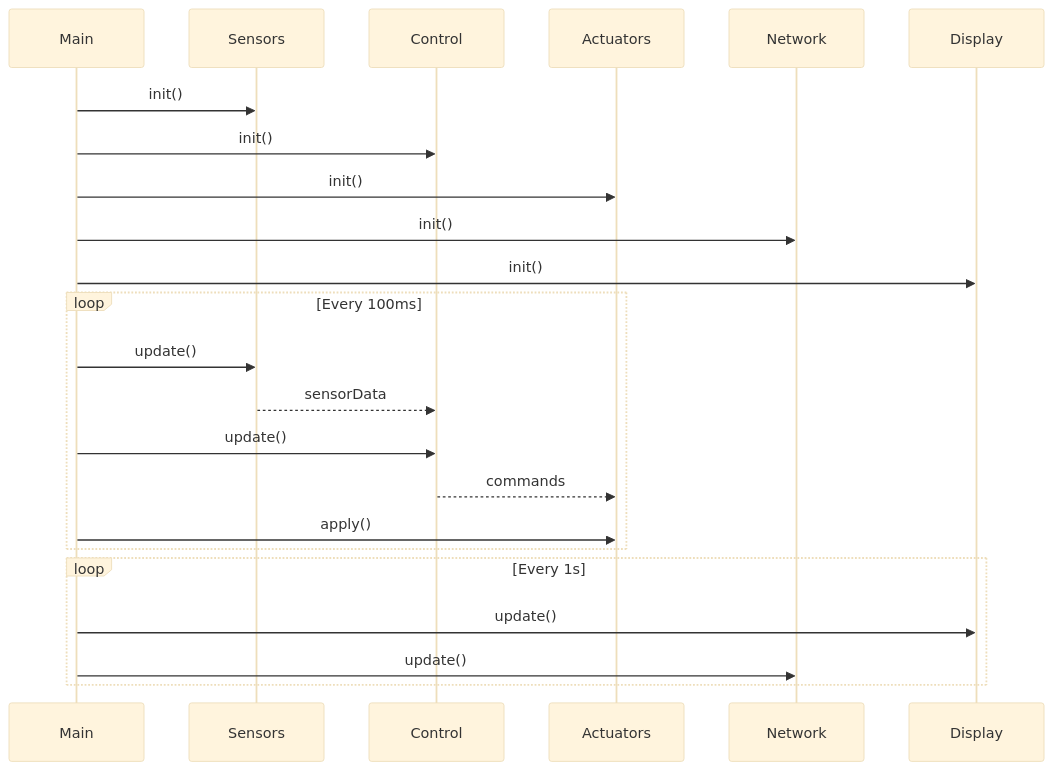
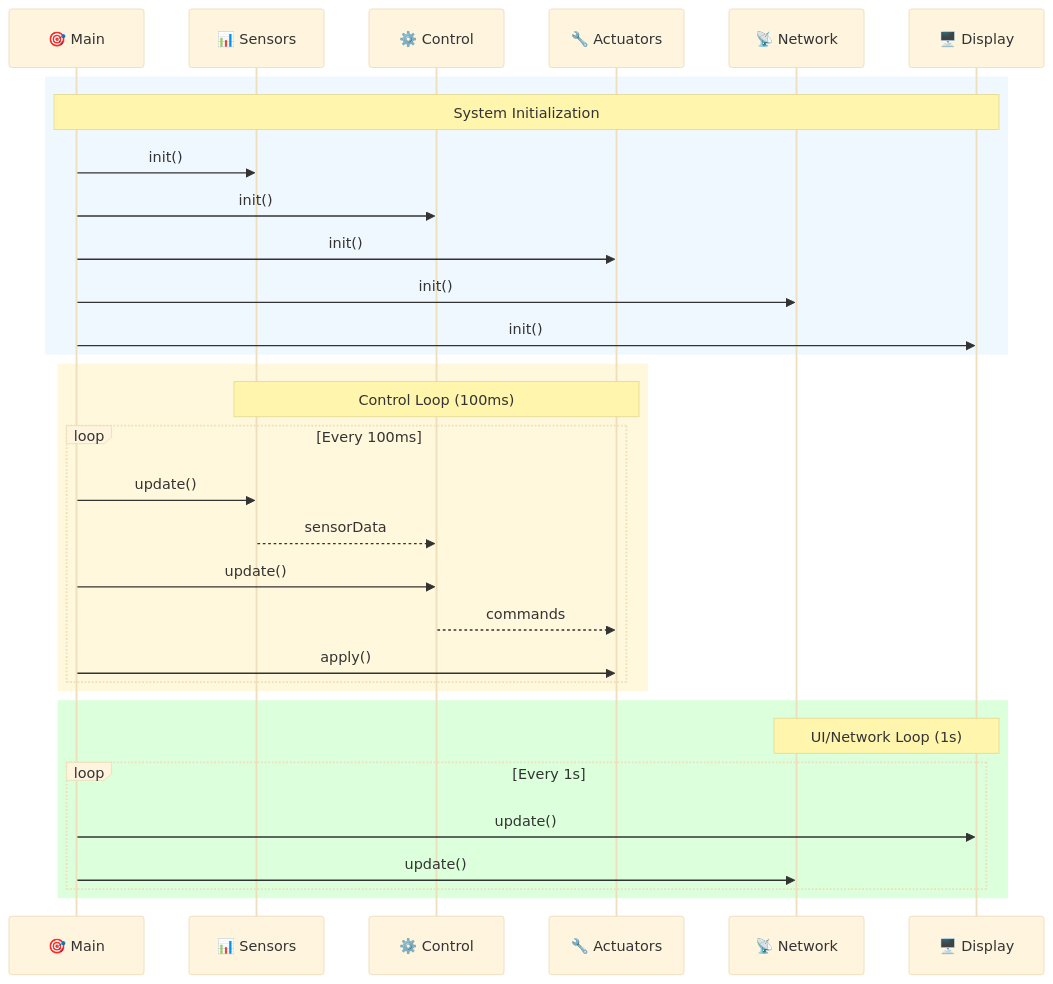
Before and after one commit to medicalopenworld/IncuNest-Docs: the second of 2 diagrams in docs/i18n/en/docusaurus-plugin-content-docs/version-14.12/software/overview.md, drawn with Mermaid (base theme). The commit also changed other lines of this file and 4 other files, not shown here.

Commit message:
Update English translations with beautiful mermaid diagrams

````diff
--- a/docs/i18n/en/docusaurus-plugin-content-docs/version-14.12/software/overview.md
+++ b/docs/i18n/en/docusaurus-plugin-content-docs/version-14.12/software/overview.md
@@ -219,28 +233,37 @@
 ```mermaid
 sequenceDiagram
-    participant Main
-    participant Sensors
-    participant Control
-    participant Actuators
-    participant Network
-    participant Display
+    participant Main as 🎯 Main
+    participant Sensors as 📊 Sensors
+    participant Control as ⚙️ Control
+    participant Actuators as 🔧 Actuators
+    participant Network as 📡 Network
+    participant Display as 🖥️ Display
     
-    Main->>Sensors: init()
-    Main->>Control: init()
-    Main->>Actuators: init()
-    Main->>Network: init()
-    Main->>Display: init()
-    
-    loop Every 100ms
-        Main->>Sensors: update()
-        Sensors-->>Control: sensorData
-        Main->>Control: update()
-        Control-->>Actuators: commands
-        Main->>Actuators: apply()
+    rect rgb(240, 248, 255)
+        Note over Main,Display: System Initialization
+        Main->>Sensors: init()
+        Main->>Control: init()
+        Main->>Actuators: init()
+        Main->>Network: init()
+        Main->>Display: init()
     end
     
-    loop Every 1s
-        Main->>Display: update()
-        Main->>Network: update()
+    rect rgb(255, 248, 220)
+        Note over Sensors,Actuators: Control Loop (100ms)
+        loop Every 100ms
+            Main->>Sensors: update()
+            Sensors-->>Control: sensorData
+            Main->>Control: update()
+            Control-->>Actuators: commands
+            Main->>Actuators: apply()
+        end
+    end
+    
+    rect rgb(220, 255, 220)
+        Note over Display,Network: UI/Network Loop (1s)
+        loop Every 1s
+            Main->>Display: update()
+            Main->>Network: update()
+        end
     end
 ```
````
